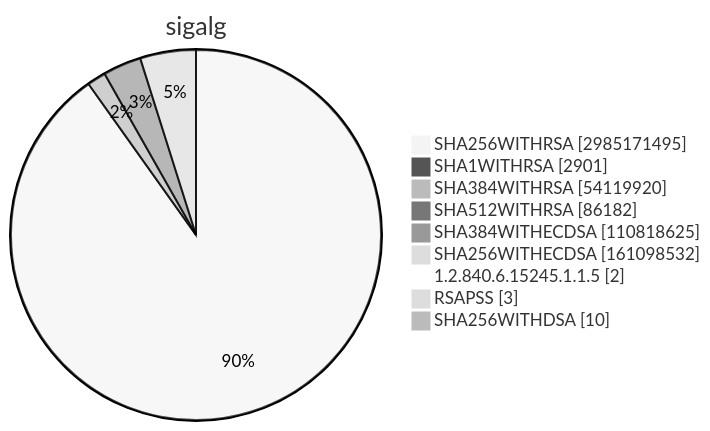
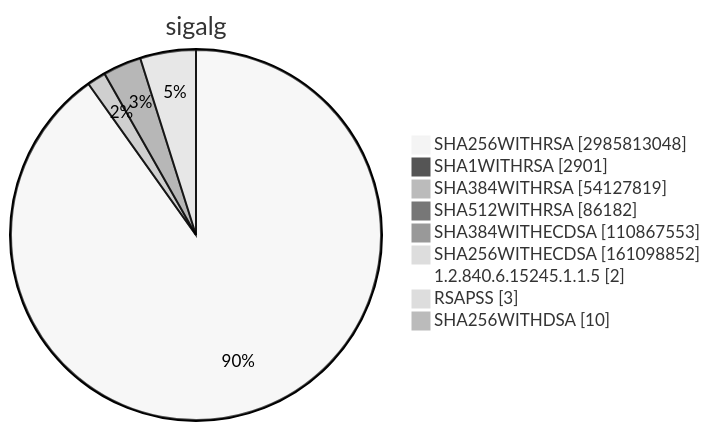
One commit to christiankrug/ctmonitor_visualization changed diagram 15 of 15 in TOTAL/README.md. Above: the diagram before and after it, drawn with Mermaid (neutral theme). The commit also changed other lines of this file, not shown here.

````diff
--- a/TOTAL/README.md
+++ b/TOTAL/README.md
@@ -6208,13 +6208,13 @@
 ```mermaid
 pie showData
 title sigalg
-"SHA256WITHRSA" :2985171495
+"SHA256WITHRSA" :2985813048
 "SHA1WITHRSA" :2901
-"SHA384WITHRSA" :54119920
+"SHA384WITHRSA" :54127819
 "SHA512WITHRSA" :86182
-"SHA384WITHECDSA" :110818625
-"SHA256WITHECDSA" :161098532
+"SHA384WITHECDSA" :110867553
+"SHA256WITHECDSA" :161098852
 "1.2.840.6.15245.1.1.5" :2
 "RSAPSS" :3
 "SHA256WITHDSA" :10
 ```
````
